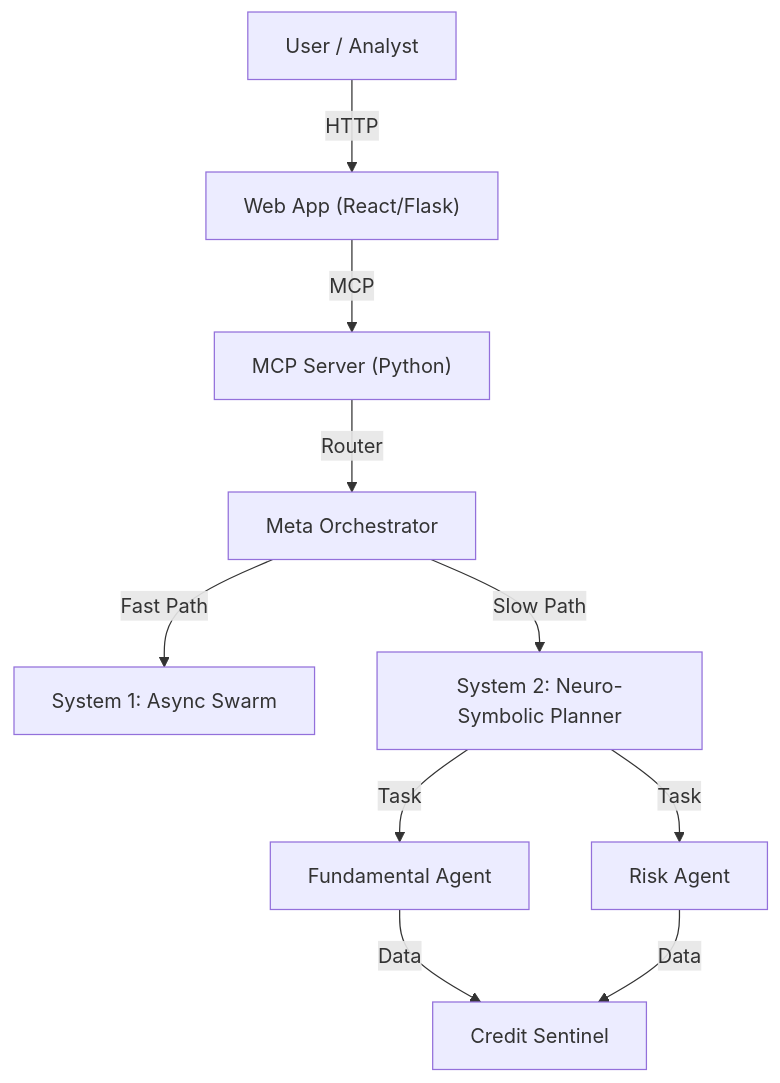
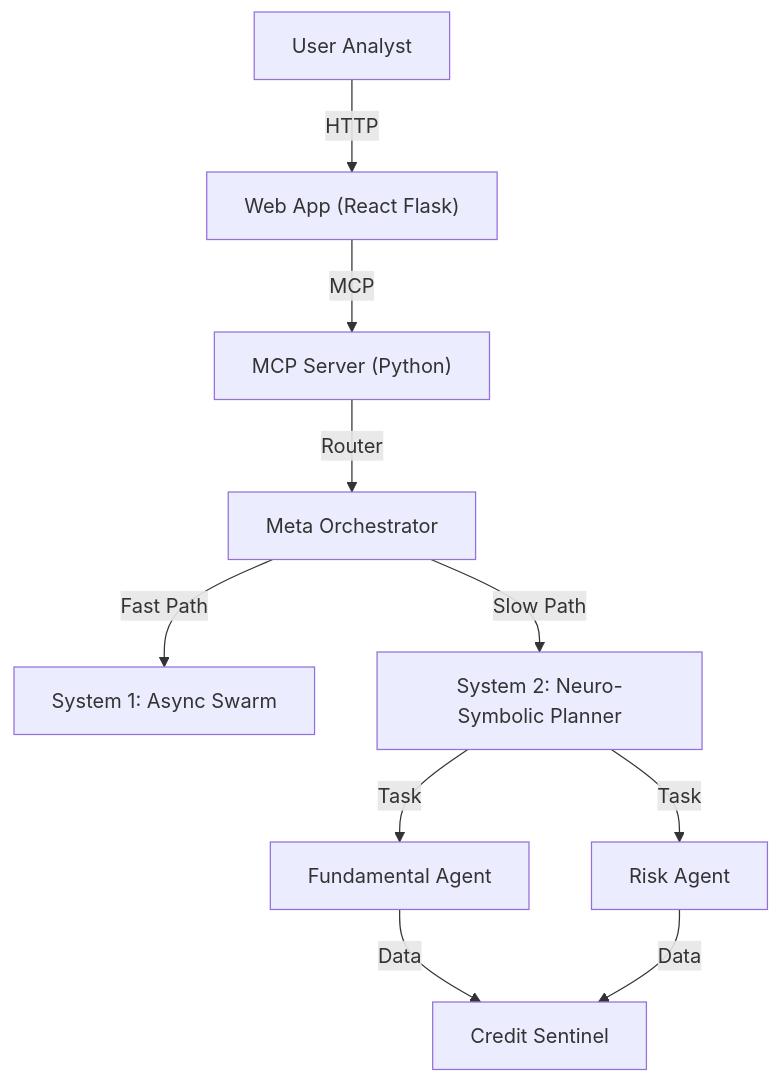
The diagram in README.md (adamvangrover/adam), drawn with Mermaid before and after one commit. The commit also changed 8 other files, not shown here.

First line of the commit message:
Update market data, fix README diagram, and expand documentation.

````diff
--- a/README.md
+++ b/README.md
@@ -42,12 +42,12 @@
 ```mermaid
 graph TD
-UserNode["User / Analyst"] -->|HTTP| WebApp["Web App (React/Flask)"]
+    UserNode["User Analyst"] -->|HTTP| WebApp["Web App (React Flask)"]
     WebApp -->|MCP| MCPServer["MCP Server (Python)"]
     MCPServer -->|Router| MetaOrchestrator["Meta Orchestrator"]
     MetaOrchestrator -->|Fast Path| NeuralSwarm["System 1: Async Swarm"]
     MetaOrchestrator -->|Slow Path| NeuroPlanner["System 2: Neuro-Symbolic Planner"]
     NeuroPlanner -->|Task| FundAgent["Fundamental Agent"]
     NeuroPlanner -->|Task| RiskAgent["Risk Agent"]
     FundAgent -->|Data| CredSentinel["Credit Sentinel"]
     RiskAgent -->|Data| CredSentinel
 ```
````
